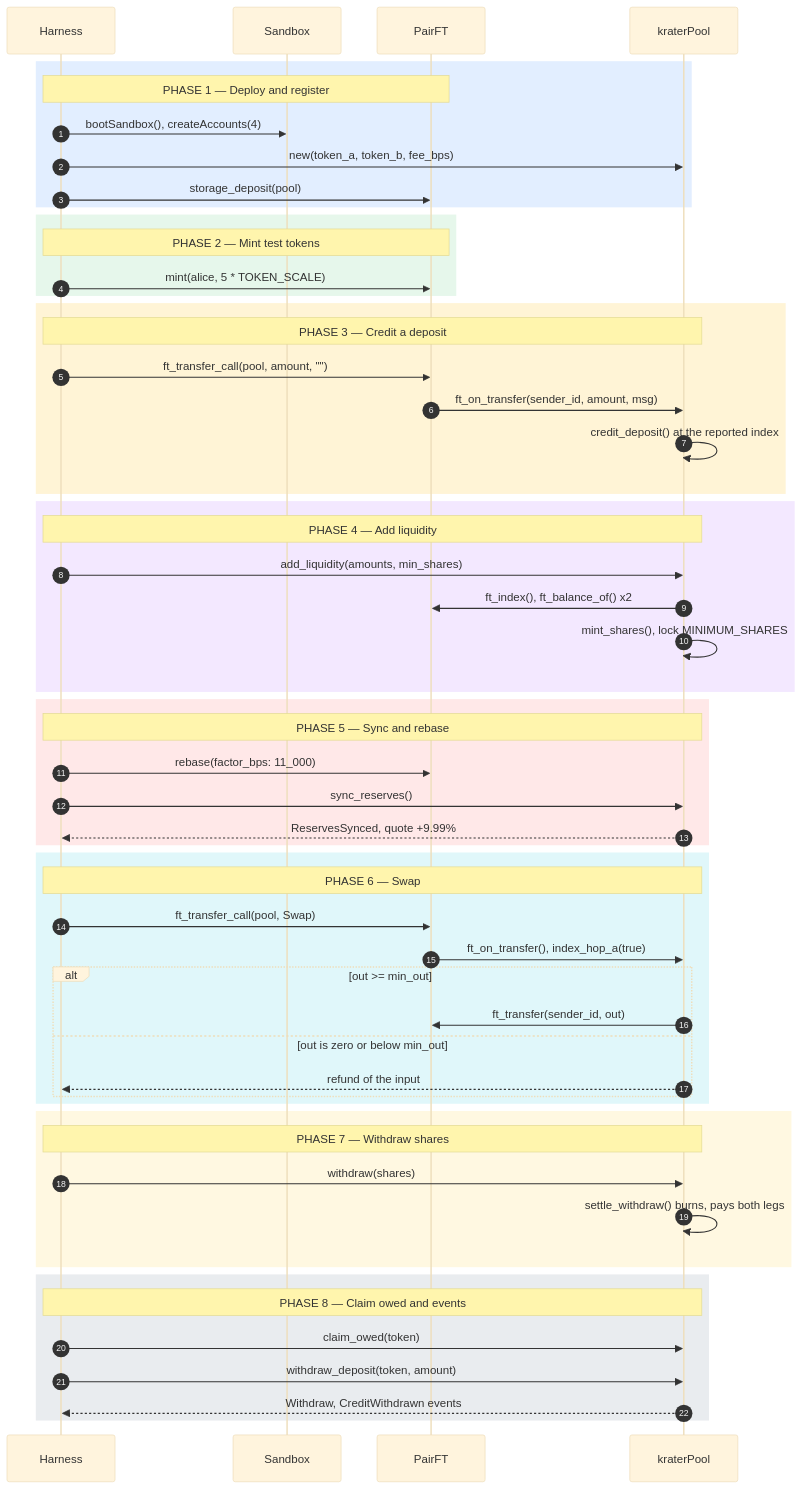
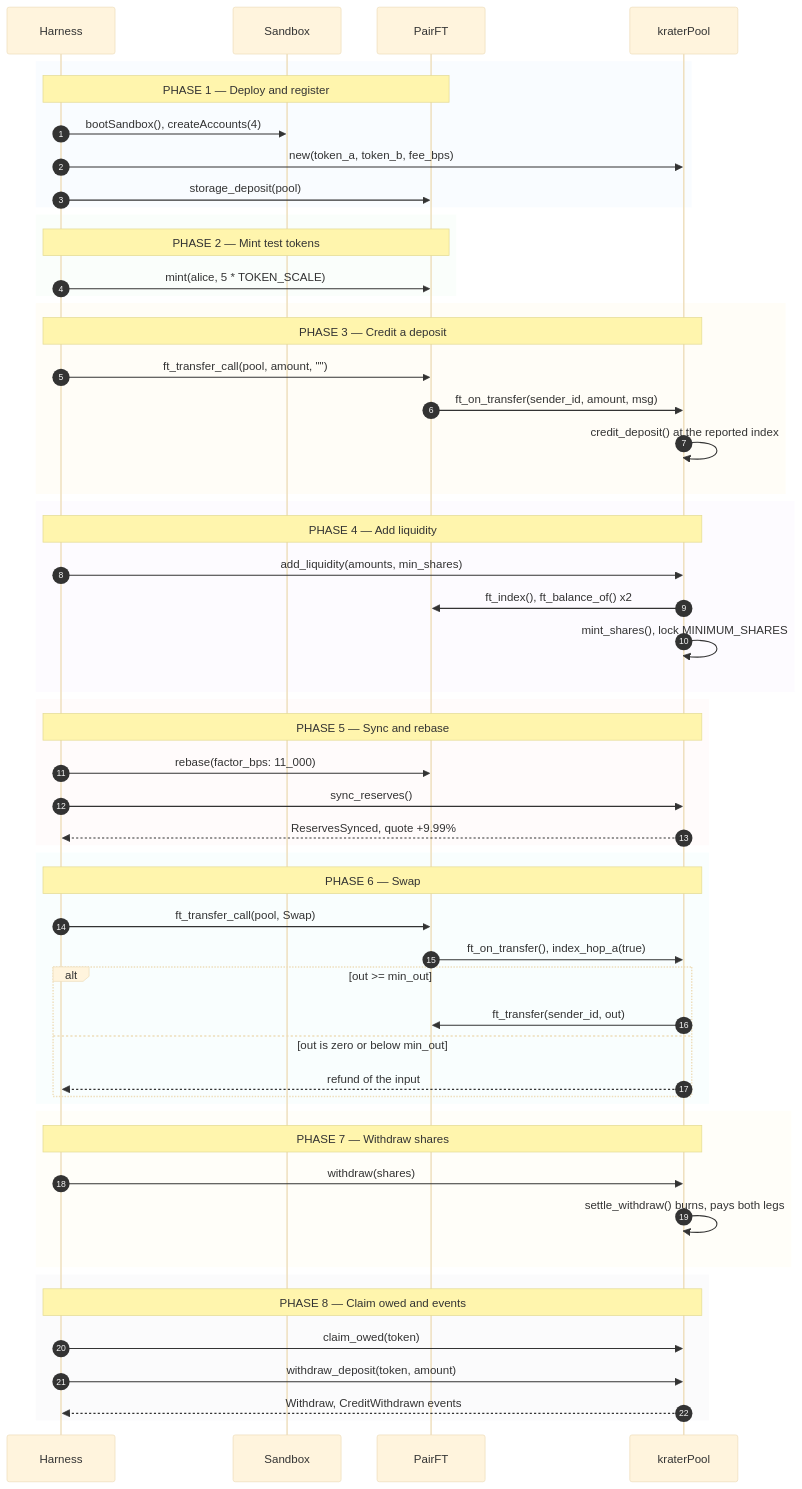
The diagram in README.md (amolikpe-bit/reserve-backed-liquidity-pool), drawn with Mermaid before and after one commit.

Commit message:
docs(krater): make diagram theme-safe and accessible

````diff
--- a/README.md
+++ b/README.md
@@ -4,58 +4,60 @@
 ```mermaid
 %%{init: {"theme":"base","themeVariables":{"fontSize":"14px"}}}%%
 sequenceDiagram
+    accTitle: krater runtime flow
+    accDescr: Harness drives the sandbox: deploy, mint, deposit, add liquidity, rebase, swap, withdraw, claim.
     autonumber
     participant S as Harness
     participant C as Sandbox
     participant FT as PairFT
     participant P as kraterPool
-    rect rgb(226,238,255)
+    rect rgba(226,238,255,0.20)
     Note over S,FT: PHASE 1 — Deploy and register
     S->>C: bootSandbox(), createAccounts(4)
     S->>P: new(token_a, token_b, fee_bps)
     S->>FT: storage_deposit(pool)
     end
-    rect rgb(230,247,235)
+    rect rgba(230,247,235,0.20)
     Note over S,FT: PHASE 2 — Mint test tokens
     S->>FT: mint(alice, 5 * TOKEN_SCALE)
     end
-    rect rgb(255,244,214)
+    rect rgba(255,244,214,0.20)
     Note over S,P: PHASE 3 — Credit a deposit
     S->>FT: ft_transfer_call(pool, amount, "")
     FT->>P: ft_on_transfer(sender_id, amount, msg)
     P->>P: credit_deposit() at the reported index
     end
-    rect rgb(243,232,255)
+    rect rgba(243,232,255,0.20)
     Note over S,P: PHASE 4 — Add liquidity
     S->>P: add_liquidity(amounts, min_shares)
     P->>FT: ft_index(), ft_balance_of() x2
     P->>P: mint_shares(), lock MINIMUM_SHARES
     end
-    rect rgb(255,232,232)
+    rect rgba(255,232,232,0.20)
     Note over S,P: PHASE 5 — Sync and rebase
     S->>FT: rebase(factor_bps: 11_000)
     S->>P: sync_reserves()
     P-->>S: ReservesSynced, quote +9.99%
     end
-    rect rgb(224,247,250)
+    rect rgba(224,247,250,0.20)
     Note over S,P: PHASE 6 — Swap
     S->>FT: ft_transfer_call(pool, Swap)
     FT->>P: ft_on_transfer(), index_hop_a(true)
     alt out >= min_out
     P->>FT: ft_transfer(sender_id, out)
     else out is zero or below min_out
     P-->>S: refund of the input
     end
     end
-    rect rgb(255,248,225)
+    rect rgba(255,248,225,0.20)
     Note over S,P: PHASE 7 — Withdraw shares
     S->>P: withdraw(shares)
     P->>P: settle_withdraw() burns, pays both legs
     end
-    rect rgb(233,236,239)
+    rect rgba(233,236,239,0.20)
     Note over S,P: PHASE 8 — Claim owed and events
     S->>P: claim_owed(token)
     S->>P: withdraw_deposit(token, amount)
     P-->>S: Withdraw, CreditWithdrawn events
     end
 ```
````
